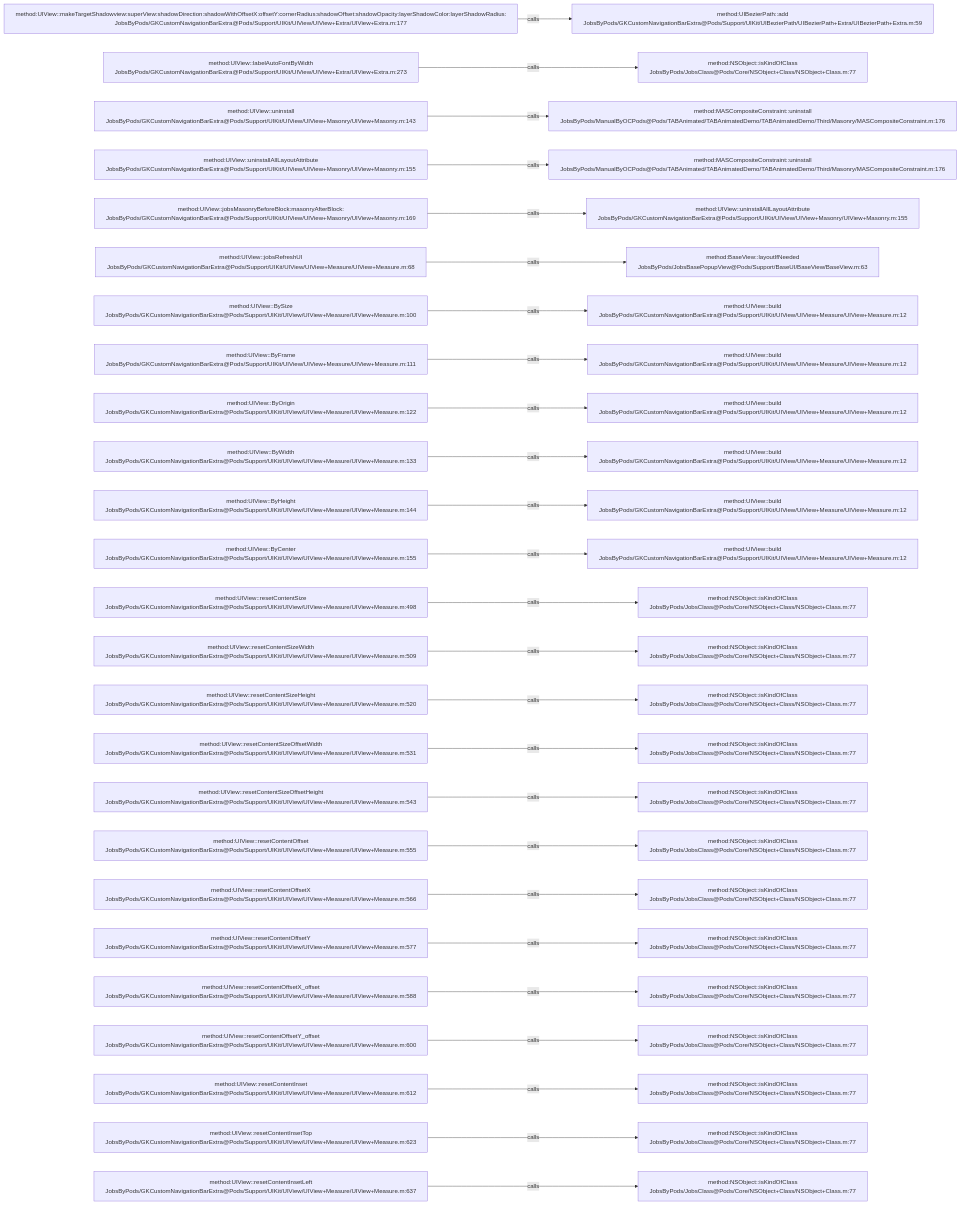
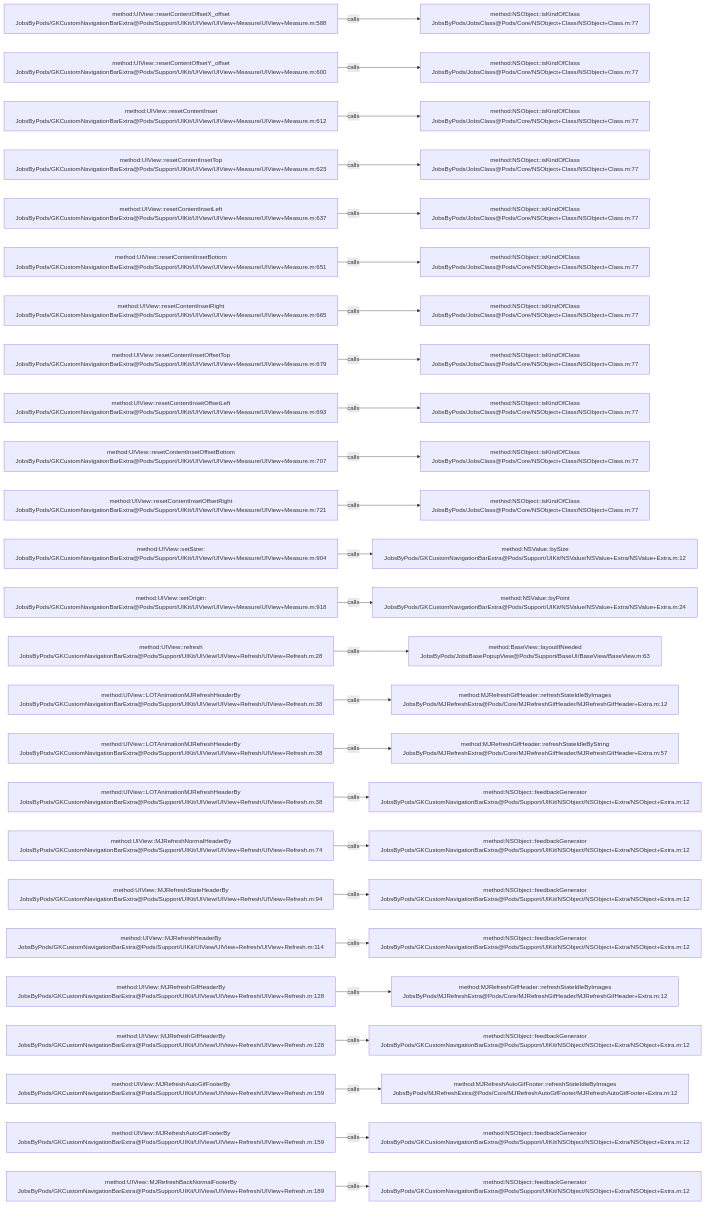
The diagram in .codegraph/codegraph.md/graphs/calls-010.md (JobsKits/JobsOCBaseConfigDemo), drawn with Mermaid before and after one commit. The commit also changed 1026 other files, not shown here.

````diff
--- a/.codegraph/codegraph.md/graphs/calls-010.md
+++ b/.codegraph/codegraph.md/graphs/calls-010.md
@@ -13,78 +13,78 @@
 ```mermaid
 flowchart LR
-  S1["method:UIView::makeTargetShadowview:superView:shadowDirection:shadowWithOffsetX:offsetY:cornerRadius:shadowOffset:shadowOpacity:layerShadowColor:layerShadowRadius:<br/>JobsByPods/GKCustomNavigationBarExtra@Pods/Support/UIKit/UIView/UIView+Extra/UIView+Extra.m:177"]
-  T1["method:UIBezierPath::add<br/>JobsByPods/GKCustomNavigationBarExtra@Pods/Support/UIKit/UIBezierPath/UIBezierPath+Extra/UIBezierPath+Extra.m:59"]
+  S1["method:UIView::resetContentOffsetX_offset<br/>JobsByPods/GKCustomNavigationBarExtra@Pods/Support/UIKit/UIView/UIView+Measure/UIView+Measure.m:588"]
+  T1["method:NSObject::isKindOfClass<br/>JobsByPods/JobsClass@Pods/Core/NSObject+Class/NSObject+Class.m:77"]
   S1 -->|calls| T1
-  S2["method:UIView::labelAutoFontByWidth<br/>JobsByPods/GKCustomNavigationBarExtra@Pods/Support/UIKit/UIView/UIView+Extra/UIView+Extra.m:273"]
+  S2["method:UIView::resetContentOffsetY_offset<br/>JobsByPods/GKCustomNavigationBarExtra@Pods/Support/UIKit/UIView/UIView+Measure/UIView+Measure.m:600"]
   T2["method:NSObject::isKindOfClass<br/>JobsByPods/JobsClass@Pods/Core/NSObject+Class/NSObject+Class.m:77"]
   S2 -->|calls| T2
-  S3["method:UIView::uninstall<br/>JobsByPods/GKCustomNavigationBarExtra@Pods/Support/UIKit/UIView/UIView+Masonry/UIView+Masonry.m:143"]
-  T3["method:MASCompositeConstraint::uninstall<br/>JobsByPods/ManualByOCPods@Pods/TABAnimated/TABAnimatedDemo/TABAnimatedDemo/Third/Masonry/MASCompositeConstraint.m:176"]
+  S3["method:UIView::resetContentInset<br/>JobsByPods/GKCustomNavigationBarExtra@Pods/Support/UIKit/UIView/UIView+Measure/UIView+Measure.m:612"]
+  T3["method:NSObject::isKindOfClass<br/>JobsByPods/JobsClass@Pods/Core/NSObject+Class/NSObject+Class.m:77"]
   S3 -->|calls| T3
-  S4["method:UIView::uninstallAllLayoutAttribute<br/>JobsByPods/GKCustomNavigationBarExtra@Pods/Support/UIKit/UIView/UIView+Masonry/UIView+Masonry.m:155"]
-  T4["method:MASCompositeConstraint::uninstall<br/>JobsByPods/ManualByOCPods@Pods/TABAnimated/TABAnimatedDemo/TABAnimatedDemo/Third/Masonry/MASCompositeConstraint.m:176"]
+  S4["method:UIView::resetContentInsetTop<br/>JobsByPods/GKCustomNavigationBarExtra@Pods/Support/UIKit/UIView/UIView+Measure/UIView+Measure.m:623"]
+  T4["method:NSObject::isKindOfClass<br/>JobsByPods/JobsClass@Pods/Core/NSObject+Class/NSObject+Class.m:77"]
   S4 -->|calls| T4
-  S5["method:UIView::jobsMasonryBeforeBlock:masonryAfterBlock:<br/>JobsByPods/GKCustomNavigationBarExtra@Pods/Support/UIKit/UIView/UIView+Masonry/UIView+Masonry.m:169"]
-  T5["method:UIView::uninstallAllLayoutAttribute<br/>JobsByPods/GKCustomNavigationBarExtra@Pods/Support/UIKit/UIView/UIView+Masonry/UIView+Masonry.m:155"]
+  S5["method:UIView::resetContentInsetLeft<br/>JobsByPods/GKCustomNavigationBarExtra@Pods/Support/UIKit/UIView/UIView+Measure/UIView+Measure.m:637"]
+  T5["method:NSObject::isKindOfClass<br/>JobsByPods/JobsClass@Pods/Core/NSObject+Class/NSObject+Class.m:77"]
   S5 -->|calls| T5
-  S6["method:UIView::jobsRefreshUI<br/>JobsByPods/GKCustomNavigationBarExtra@Pods/Support/UIKit/UIView/UIView+Measure/UIView+Measure.m:68"]
-  T6["method:BaseView::layoutIfNeeded<br/>JobsByPods/JobsBasePopupView@Pods/Support/BaseUI/BaseView/BaseView.m:63"]
+  S6["method:UIView::resetContentInsetBottom<br/>JobsByPods/GKCustomNavigationBarExtra@Pods/Support/UIKit/UIView/UIView+Measure/UIView+Measure.m:651"]
+  T6["method:NSObject::isKindOfClass<br/>JobsByPods/JobsClass@Pods/Core/NSObject+Class/NSObject+Class.m:77"]
   S6 -->|calls| T6
-  S7["method:UIView::BySize<br/>JobsByPods/GKCustomNavigationBarExtra@Pods/Support/UIKit/UIView/UIView+Measure/UIView+Measure.m:100"]
-  T7["method:UIView::build<br/>JobsByPods/GKCustomNavigationBarExtra@Pods/Support/UIKit/UIView/UIView+Measure/UIView+Measure.m:12"]
+  S7["method:UIView::resetContentInsetRight<br/>JobsByPods/GKCustomNavigationBarExtra@Pods/Support/UIKit/UIView/UIView+Measure/UIView+Measure.m:665"]
+  T7["method:NSObject::isKindOfClass<br/>JobsByPods/JobsClass@Pods/Core/NSObject+Class/NSObject+Class.m:77"]
   S7 -->|calls| T7
-  S8["method:UIView::ByFrame<br/>JobsByPods/GKCustomNavigationBarExtra@Pods/Support/UIKit/UIView/UIView+Measure/UIView+Measure.m:111"]
-  T8["method:UIView::build<br/>JobsByPods/GKCustomNavigationBarExtra@Pods/Support/UIKit/UIView/UIView+Measure/UIView+Measure.m:12"]
+  S8["method:UIView::resetContentInsetOffsetTop<br/>JobsByPods/GKCustomNavigationBarExtra@Pods/Support/UIKit/UIView/UIView+Measure/UIView+Measure.m:679"]
+  T8["method:NSObject::isKindOfClass<br/>JobsByPods/JobsClass@Pods/Core/NSObject+Class/NSObject+Class.m:77"]
   S8 -->|calls| T8
-  S9["method:UIView::ByOrigin<br/>JobsByPods/GKCustomNavigationBarExtra@Pods/Support/UIKit/UIView/UIView+Measure/UIView+Measure.m:122"]
-  T9["method:UIView::build<br/>JobsByPods/GKCustomNavigationBarExtra@Pods/Support/UIKit/UIView/UIView+Measure/UIView+Measure.m:12"]
+  S9["method:UIView::resetContentInsetOffsetLeft<br/>JobsByPods/GKCustomNavigationBarExtra@Pods/Support/UIKit/UIView/UIView+Measure/UIView+Measure.m:693"]
+  T9["method:NSObject::isKindOfClass<br/>JobsByPods/JobsClass@Pods/Core/NSObject+Class/NSObject+Class.m:77"]
   S9 -->|calls| T9
-  S10["method:UIView::ByWidth<br/>JobsByPods/GKCustomNavigationBarExtra@Pods/Support/UIKit/UIView/UIView+Measure/UIView+Measure.m:133"]
-  T10["method:UIView::build<br/>JobsByPods/GKCustomNavigationBarExtra@Pods/Support/UIKit/UIView/UIView+Measure/UIView+Measure.m:12"]
+  S10["method:UIView::resetContentInsetOffsetBottom<br/>JobsByPods/GKCustomNavigationBarExtra@Pods/Support/UIKit/UIView/UIView+Measure/UIView+Measure.m:707"]
+  T10["method:NSObject::isKindOfClass<br/>JobsByPods/JobsClass@Pods/Core/NSObject+Class/NSObject+Class.m:77"]
   S10 -->|calls| T10
-  S11["method:UIView::ByHeight<br/>JobsByPods/GKCustomNavigationBarExtra@Pods/Support/UIKit/UIView/UIView+Measure/UIView+Measure.m:144"]
-  T11["method:UIView::build<br/>JobsByPods/GKCustomNavigationBarExtra@Pods/Support/UIKit/UIView/UIView+Measure/UIView+Measure.m:12"]
+  S11["method:UIView::resetContentInsetOffsetRight<br/>JobsByPods/GKCustomNavigationBarExtra@Pods/Support/UIKit/UIView/UIView+Measure/UIView+Measure.m:721"]
+  T11["method:NSObject::isKindOfClass<br/>JobsByPods/JobsClass@Pods/Core/NSObject+Class/NSObject+Class.m:77"]
   S11 -->|calls| T11
-  S12["method:UIView::ByCenter<br/>JobsByPods/GKCustomNavigationBarExtra@Pods/Support/UIKit/UIView/UIView+Measure/UIView+Measure.m:155"]
-  T12["method:UIView::build<br/>JobsByPods/GKCustomNavigationBarExtra@Pods/Support/UIKit/UIView/UIView+Measure/UIView+Measure.m:12"]
+  S12["method:UIView::setSizer:<br/>JobsByPods/GKCustomNavigationBarExtra@Pods/Support/UIKit/UIView/UIView+Measure/UIView+Measure.m:904"]
+  T12["method:NSValue::bySize<br/>JobsByPods/GKCustomNavigationBarExtra@Pods/Support/UIKit/NSValue/NSValue+Extra/NSValue+Extra.m:12"]
   S12 -->|calls| T12
-  S13["method:UIView::resetContentSize<br/>JobsByPods/GKCustomNavigationBarExtra@Pods/Support/UIKit/UIView/UIView+Measure/UIView+Measure.m:498"]
-  T13["method:NSObject::isKindOfClass<br/>JobsByPods/JobsClass@Pods/Core/NSObject+Class/NSObject+Class.m:77"]
+  S13["method:UIView::setOrigin:<br/>JobsByPods/GKCustomNavigationBarExtra@Pods/Support/UIKit/UIView/UIView+Measure/UIView+Measure.m:918"]
+  T13["method:NSValue::byPoint<br/>JobsByPods/GKCustomNavigationBarExtra@Pods/Support/UIKit/NSValue/NSValue+Extra/NSValue+Extra.m:24"]
   S13 -->|calls| T13
-  S14["method:UIView::resetContentSizeWidth<br/>JobsByPods/GKCustomNavigationBarExtra@Pods/Support/UIKit/UIView/UIView+Measure/UIView+Measure.m:509"]
-  T14["method:NSObject::isKindOfClass<br/>JobsByPods/JobsClass@Pods/Core/NSObject+Class/NSObject+Class.m:77"]
+  S14["method:UIView::refresh<br/>JobsByPods/GKCustomNavigationBarExtra@Pods/Support/UIKit/UIView/UIView+Refresh/UIView+Refresh.m:28"]
+  T14["method:BaseView::layoutIfNeeded<br/>JobsByPods/JobsBasePopupView@Pods/Support/BaseUI/BaseView/BaseView.m:63"]
   S14 -->|calls| T14
-  S15["method:UIView::resetContentSizeHeight<br/>JobsByPods/GKCustomNavigationBarExtra@Pods/Support/UIKit/UIView/UIView+Measure/UIView+Measure.m:520"]
-  T15["method:NSObject::isKindOfClass<br/>JobsByPods/JobsClass@Pods/Core/NSObject+Class/NSObject+Class.m:77"]
+  S15["method:UIView::LOTAnimationMJRefreshHeaderBy<br/>JobsByPods/GKCustomNavigationBarExtra@Pods/Support/UIKit/UIView/UIView+Refresh/UIView+Refresh.m:38"]
+  T15["method:MJRefreshGifHeader::refreshStateIdleByImages<br/>JobsByPods/MJRefreshExtra@Pods/Core/MJRefreshGifHeader/MJRefreshGifHeader+Extra.m:12"]
   S15 -->|calls| T15
-  S16["method:UIView::resetContentSizeOffsetWidth<br/>JobsByPods/GKCustomNavigationBarExtra@Pods/Support/UIKit/UIView/UIView+Measure/UIView+Measure.m:531"]
-  T16["method:NSObject::isKindOfClass<br/>JobsByPods/JobsClass@Pods/Core/NSObject+Class/NSObject+Class.m:77"]
+  S16["method:UIView::LOTAnimationMJRefreshHeaderBy<br/>JobsByPods/GKCustomNavigationBarExtra@Pods/Support/UIKit/UIView/UIView+Refresh/UIView+Refresh.m:38"]
+  T16["method:MJRefreshGifHeader::refreshStateIdleByString<br/>JobsByPods/MJRefreshExtra@Pods/Core/MJRefreshGifHeader/MJRefreshGifHeader+Extra.m:57"]
   S16 -->|calls| T16
-  S17["method:UIView::resetContentSizeOffsetHeight<br/>JobsByPods/GKCustomNavigationBarExtra@Pods/Support/UIKit/UIView/UIView+Measure/UIView+Measure.m:543"]
-  T17["method:NSObject::isKindOfClass<br/>JobsByPods/JobsClass@Pods/Core/NSObject+Class/NSObject+Class.m:77"]
+  S17["method:UIView::LOTAnimationMJRefreshHeaderBy<br/>JobsByPods/GKCustomNavigationBarExtra@Pods/Support/UIKit/UIView/UIView+Refresh/UIView+Refresh.m:38"]
+  T17["method:NSObject::feedbackGenerator<br/>JobsByPods/GKCustomNavigationBarExtra@Pods/Support/UIKit/NSObject/NSObject+Extra/NSObject+Extra.m:12"]
   S17 -->|calls| T17
-  S18["method:UIView::resetContentOffset<br/>JobsByPods/GKCustomNavigationBarExtra@Pods/Support/UIKit/UIView/UIView+Measure/UIView+Measure.m:555"]
-  T18["method:NSObject::isKindOfClass<br/>JobsByPods/JobsClass@Pods/Core/NSObject+Class/NSObject+Class.m:77"]
+  S18["method:UIView::MJRefreshNormalHeaderBy<br/>JobsByPods/GKCustomNavigationBarExtra@Pods/Support/UIKit/UIView/UIView+Refresh/UIView+Refresh.m:74"]
+  T18["method:NSObject::feedbackGenerator<br/>JobsByPods/GKCustomNavigationBarExtra@Pods/Support/UIKit/NSObject/NSObject+Extra/NSObject+Extra.m:12"]
   S18 -->|calls| T18
-  S19["method:UIView::resetContentOffsetX<br/>JobsByPods/GKCustomNavigationBarExtra@Pods/Support/UIKit/UIView/UIView+Measure/UIView+Measure.m:566"]
-  T19["method:NSObject::isKindOfClass<br/>JobsByPods/JobsClass@Pods/Core/NSObject+Class/NSObject+Class.m:77"]
+  S19["method:UIView::MJRefreshStateHeaderBy<br/>JobsByPods/GKCustomNavigationBarExtra@Pods/Support/UIKit/UIView/UIView+Refresh/UIView+Refresh.m:94"]
+  T19["method:NSObject::feedbackGenerator<br/>JobsByPods/GKCustomNavigationBarExtra@Pods/Support/UIKit/NSObject/NSObject+Extra/NSObject+Extra.m:12"]
   S19 -->|calls| T19
-  S20["method:UIView::resetContentOffsetY<br/>JobsByPods/GKCustomNavigationBarExtra@Pods/Support/UIKit/UIView/UIView+Measure/UIView+Measure.m:577"]
-  T20["method:NSObject::isKindOfClass<br/>JobsByPods/JobsClass@Pods/Core/NSObject+Class/NSObject+Class.m:77"]
+  S20["method:UIView::MJRefreshHeaderBy<br/>JobsByPods/GKCustomNavigationBarExtra@Pods/Support/UIKit/UIView/UIView+Refresh/UIView+Refresh.m:114"]
+  T20["method:NSObject::feedbackGenerator<br/>JobsByPods/GKCustomNavigationBarExtra@Pods/Support/UIKit/NSObject/NSObject+Extra/NSObject+Extra.m:12"]
   S20 -->|calls| T20
-  S21["method:UIView::resetContentOffsetX_offset<br/>JobsByPods/GKCustomNavigationBarExtra@Pods/Support/UIKit/UIView/UIView+Measure/UIView+Measure.m:588"]
-  T21["method:NSObject::isKindOfClass<br/>JobsByPods/JobsClass@Pods/Core/NSObject+Class/NSObject+Class.m:77"]
+  S21["method:UIView::MJRefreshGifHeaderBy<br/>JobsByPods/GKCustomNavigationBarExtra@Pods/Support/UIKit/UIView/UIView+Refresh/UIView+Refresh.m:128"]
+  T21["method:MJRefreshGifHeader::refreshStateIdleByImages<br/>JobsByPods/MJRefreshExtra@Pods/Core/MJRefreshGifHeader/MJRefreshGifHeader+Extra.m:12"]
   S21 -->|calls| T21
-  S22["method:UIView::resetContentOffsetY_offset<br/>JobsByPods/GKCustomNavigationBarExtra@Pods/Support/UIKit/UIView/UIView+Measure/UIView+Measure.m:600"]
-  T22["method:NSObject::isKindOfClass<br/>JobsByPods/JobsClass@Pods/Core/NSObject+Class/NSObject+Class.m:77"]
+  S22["method:UIView::MJRefreshGifHeaderBy<br/>JobsByPods/GKCustomNavigationBarExtra@Pods/Support/UIKit/UIView/UIView+Refresh/UIView+Refresh.m:128"]
+  T22["method:NSObject::feedbackGenerator<br/>JobsByPods/GKCustomNavigationBarExtra@Pods/Support/UIKit/NSObject/NSObject+Extra/NSObject+Extra.m:12"]
   S22 -->|calls| T22
-  S23["method:UIView::resetContentInset<br/>JobsByPods/GKCustomNavigationBarExtra@Pods/Support/UIKit/UIView/UIView+Measure/UIView+Measure.m:612"]
-  T23["method:NSObject::isKindOfClass<br/>JobsByPods/JobsClass@Pods/Core/NSObject+Class/NSObject+Class.m:77"]
+  S23["method:UIView::MJRefreshAutoGifFooterBy<br/>JobsByPods/GKCustomNavigationBarExtra@Pods/Support/UIKit/UIView/UIView+Refresh/UIView+Refresh.m:159"]
+  T23["method:MJRefreshAutoGifFooter::refreshStateIdleByImages<br/>JobsByPods/MJRefreshExtra@Pods/Core/MJRefreshAutoGifFooter/MJRefreshAutoGifFooter+Extra.m:12"]
   S23 -->|calls| T23
-  S24["method:UIView::resetContentInsetTop<br/>JobsByPods/GKCustomNavigationBarExtra@Pods/Support/UIKit/UIView/UIView+Measure/UIView+Measure.m:623"]
-  T24["method:NSObject::isKindOfClass<br/>JobsByPods/JobsClass@Pods/Core/NSObject+Class/NSObject+Class.m:77"]
+  S24["method:UIView::MJRefreshAutoGifFooterBy<br/>JobsByPods/GKCustomNavigationBarExtra@Pods/Support/UIKit/UIView/UIView+Refresh/UIView+Refresh.m:159"]
+  T24["method:NSObject::feedbackGenerator<br/>JobsByPods/GKCustomNavigationBarExtra@Pods/Support/UIKit/NSObject/NSObject+Extra/NSObject+Extra.m:12"]
   S24 -->|calls| T24
-  S25["method:UIView::resetContentInsetLeft<br/>JobsByPods/GKCustomNavigationBarExtra@Pods/Support/UIKit/UIView/UIView+Measure/UIView+Measure.m:637"]
-  T25["method:NSObject::isKindOfClass<br/>JobsByPods/JobsClass@Pods/Core/NSObject+Class/NSObject+Class.m:77"]
+  S25["method:UIView::MJRefreshBackNormalFooterBy<br/>JobsByPods/GKCustomNavigationBarExtra@Pods/Support/UIKit/UIView/UIView+Refresh/UIView+Refresh.m:189"]
+  T25["method:NSObject::feedbackGenerator<br/>JobsByPods/GKCustomNavigationBarExtra@Pods/Support/UIKit/NSObject/NSObject+Extra/NSObject+Extra.m:12"]
   S25 -->|calls| T25
 ```
````
